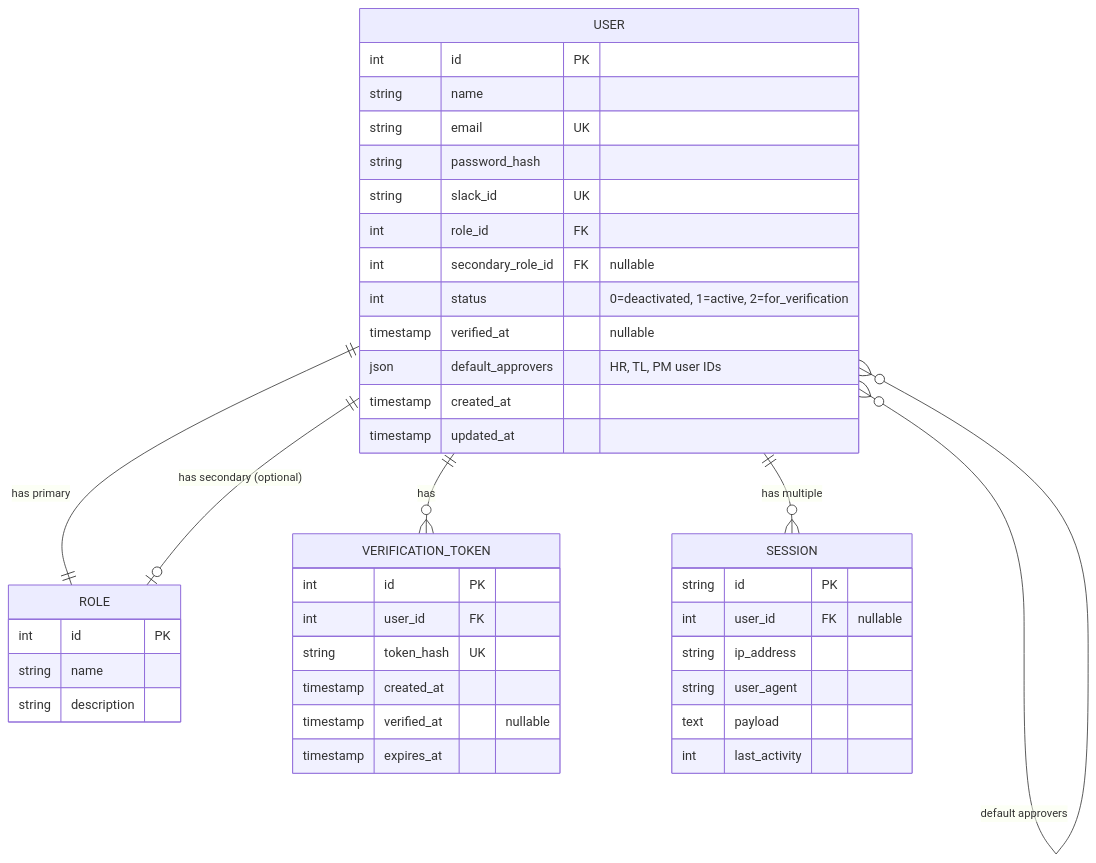
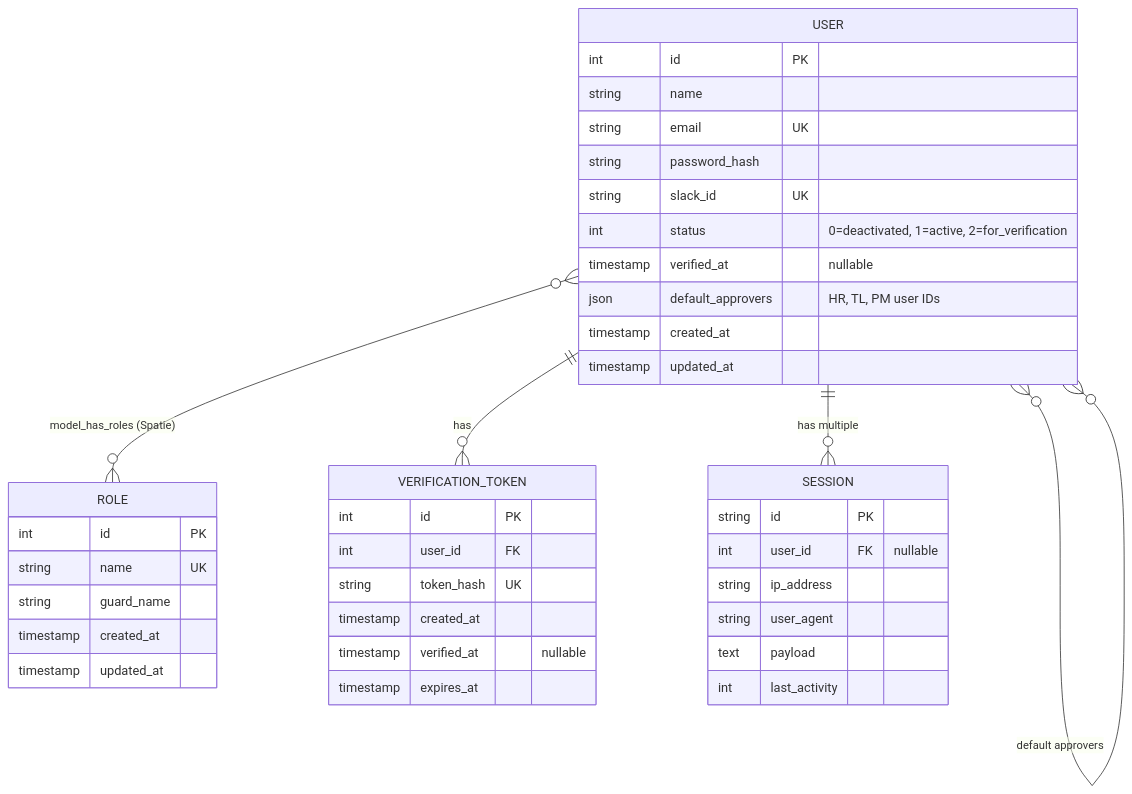
The fourth of 4 diagrams in specs/001-auth-login-registration/spec.md (FDCWenman/fdc-lms), drawn with Mermaid before and after one commit. The commit also changed other lines of this file and 2 other files, not shown here.

````diff
--- a/specs/001-auth-login-registration/spec.md
+++ b/specs/001-auth-login-registration/spec.md
@@ -141,47 +141,46 @@
 ```mermaid
 erDiagram
-    USER ||--|| ROLE : "has primary"
-    USER ||--o| ROLE : "has secondary (optional)"
+    USER }o--o{ ROLE : "model_has_roles (Spatie)"
     USER ||--o{ VERIFICATION_TOKEN : "has"
     USER ||--o{ SESSION : "has multiple"
     USER }o--o{ USER : "default approvers"
     
     USER {
         int id PK
         string name
         string email UK
         string password_hash
         string slack_id UK
-        int role_id FK
-        int secondary_role_id FK "nullable"
         int status "0=deactivated, 1=active, 2=for_verification"
         timestamp verified_at "nullable"
         json default_approvers "HR, TL, PM user IDs"
         timestamp created_at
         timestamp updated_at
     }
     
     ROLE {
         int id PK
-        string name
-        string description
+        string name UK
+        string guard_name
+        timestamp created_at
+        timestamp updated_at
     }
     
     VERIFICATION_TOKEN {
         int id PK
         int user_id FK
         string token_hash UK
         timestamp created_at
         timestamp verified_at "nullable"
         timestamp expires_at
     }
     
     SESSION {
         string id PK
         int user_id FK "nullable"
         string ip_address
         string user_agent
         text payload
         int last_activity
     }
 ```
````
